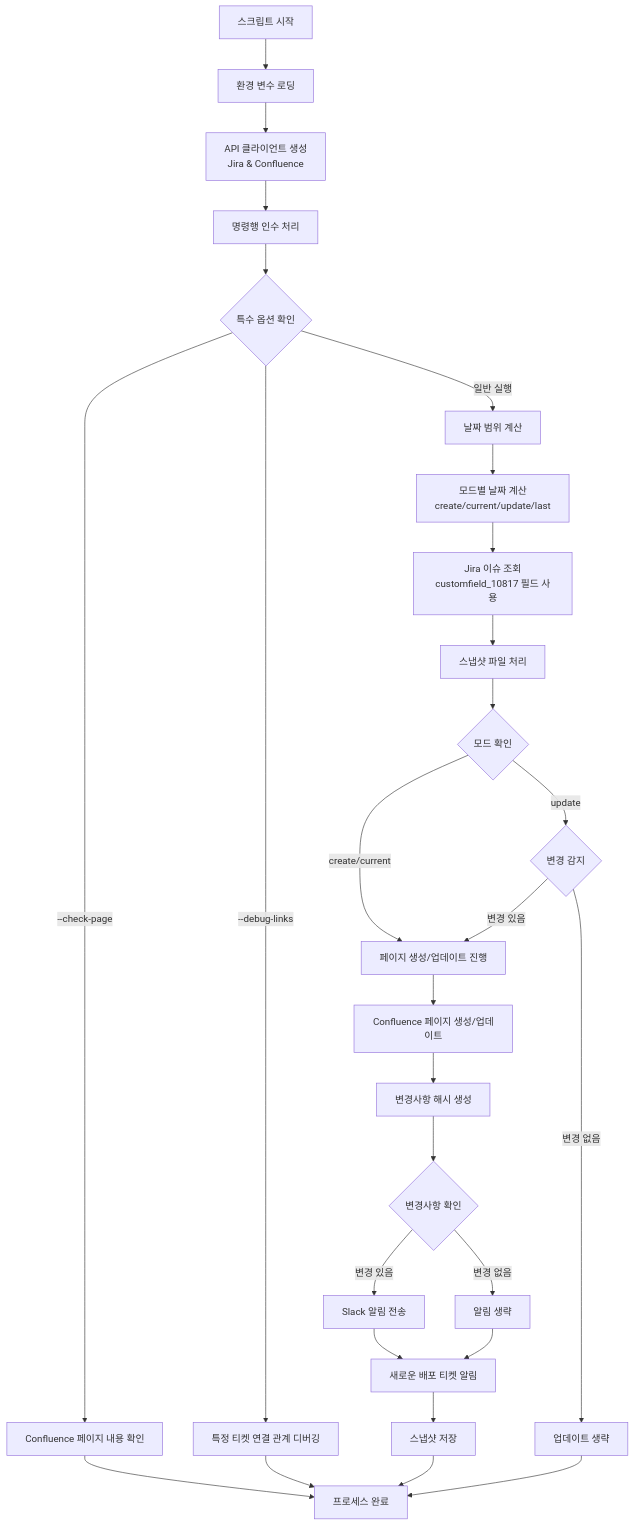
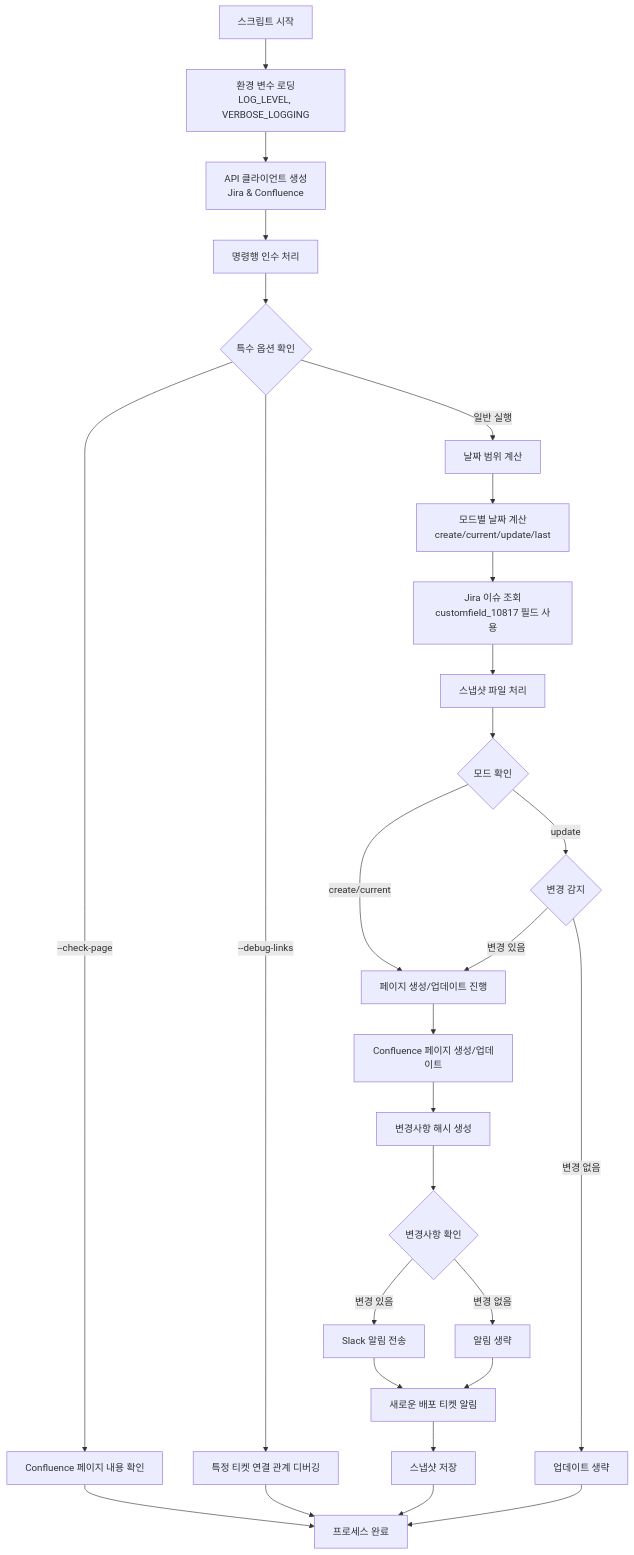
The first of 16 diagrams in create_weekly_report_process_diagram.md (Opti-kjh/weekly-deploy-reporter), drawn with Mermaid before and after one commit. The commit also changed other lines of this file and 7 other files, not shown here.

````diff
--- a/create_weekly_report_process_diagram.md
+++ b/create_weekly_report_process_diagram.md
@@ -5,38 +5,38 @@
 ```mermaid
 flowchart TD
-    A[스크립트 시작] --> B[환경 변수 로딩]
+    A[스크립트 시작] --> B[환경 변수 로딩<br/>LOG_LEVEL, VERBOSE_LOGGING]
     B --> C[API 클라이언트 생성<br/>Jira & Confluence]
     C --> D[명령행 인수 처리]
     
     D --> E{특수 옵션 확인}
     E -->|--check-page| F[Confluence 페이지 내용 확인]
     E -->|--debug-links| G[특정 티켓 연결 관계 디버깅]
     E -->|일반 실행| H[날짜 범위 계산]
     
     H --> I[모드별 날짜 계산<br/>create/current/update/last]
     I --> J[Jira 이슈 조회<br/>customfield_10817 필드 사용]
     
     J --> K[스냅샷 파일 처리]
     K --> L{모드 확인}
     L -->|create/current| M[페이지 생성/업데이트 진행]
     L -->|update| N{변경 감지}
     
     N -->|변경 있음| M
     N -->|변경 없음| O[업데이트 생략]
     
     M --> P[Confluence 페이지 생성/업데이트]
     P --> Q[변경사항 해시 생성]
     Q --> R{변경사항 확인}
     
     R -->|변경 있음| S[Slack 알림 전송]
     R -->|변경 없음| T[알림 생략]
     
     S --> U[새로운 배포 티켓 알림]
     T --> U
     U --> V[스냅샷 저장]
     V --> W[프로세스 완료]
     
     F --> W
     G --> W
     O --> W
 ```
````
